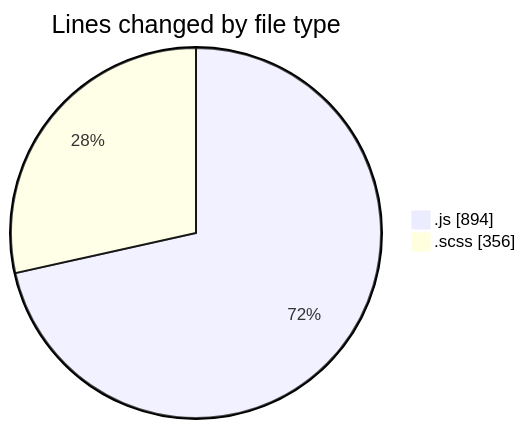
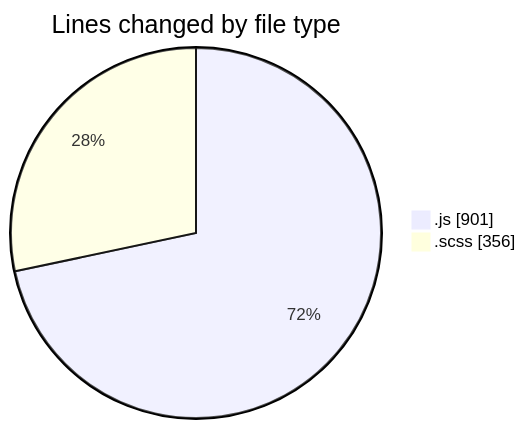
Before and after one commit to momahboobian/code-tracking: the first of 2 diagrams in 2026-01-05/cda/README.md, drawn with Mermaid. The commit also changed other lines of this file and 1 other file, not shown here.

````diff
--- a/2026-01-05/cda/README.md
+++ b/2026-01-05/cda/README.md
@@ -27,6 +27,6 @@
 ```mermaid
 pie showData
 title Lines changed by file type
-".js" : 894
+".js" : 901
 ".scss" : 356
 ```
````
